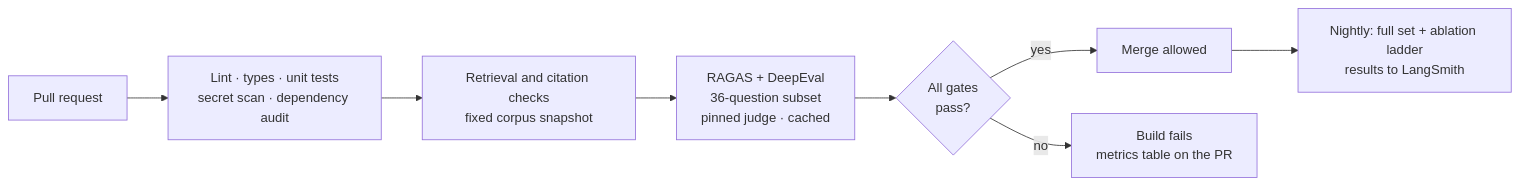
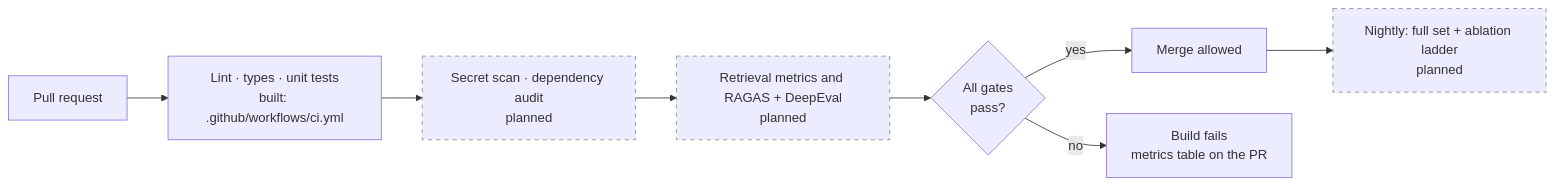
Before and after one commit to Tevaalgorithms/cite-desk: the second of 4 diagrams in README.md, drawn with Mermaid. The commit also changed other lines of this file and 3 other files, not shown here.

First line of the commit message:
docs: align architecture and sequence diagrams with the implemented code

````diff
--- a/README.md
+++ b/README.md
@@ -184,10 +196,11 @@
 ```mermaid
 graph LR
-    PR["Pull request"] --> S1["Lint · types · unit tests<br/>secret scan · dependency audit"]
-    S1 --> S2["Retrieval and citation checks<br/>fixed corpus snapshot"]
-    S2 --> S3["RAGAS + DeepEval<br/>36-question subset<br/>pinned judge · cached"]
+    PR["Pull request"] --> S1["Lint · types · unit tests<br/>built: .github/workflows/ci.yml"]
+    S1 --> S2["Secret scan · dependency audit<br/>planned"]:::planned
+    S2 --> S3["Retrieval metrics and RAGAS + DeepEval<br/>planned"]:::planned
     S3 --> G{"All gates<br/>pass?"}
     G -- yes --> M["Merge allowed"]
     G -- no --> F["Build fails<br/>metrics table on the PR"]
-    M --> N["Nightly: full set + ablation ladder<br/>results to LangSmith"]
+    M --> N["Nightly: full set + ablation ladder<br/>planned"]:::planned
+    classDef planned stroke-dasharray: 5 5,stroke:#888
 ```
````
